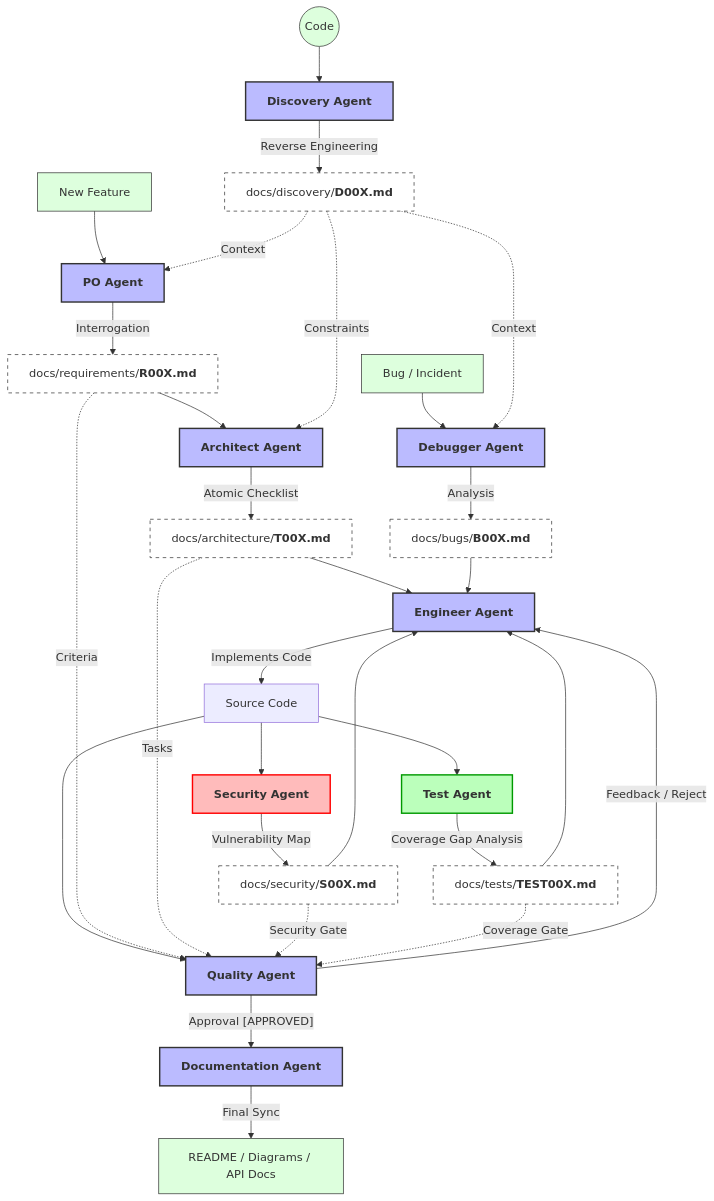
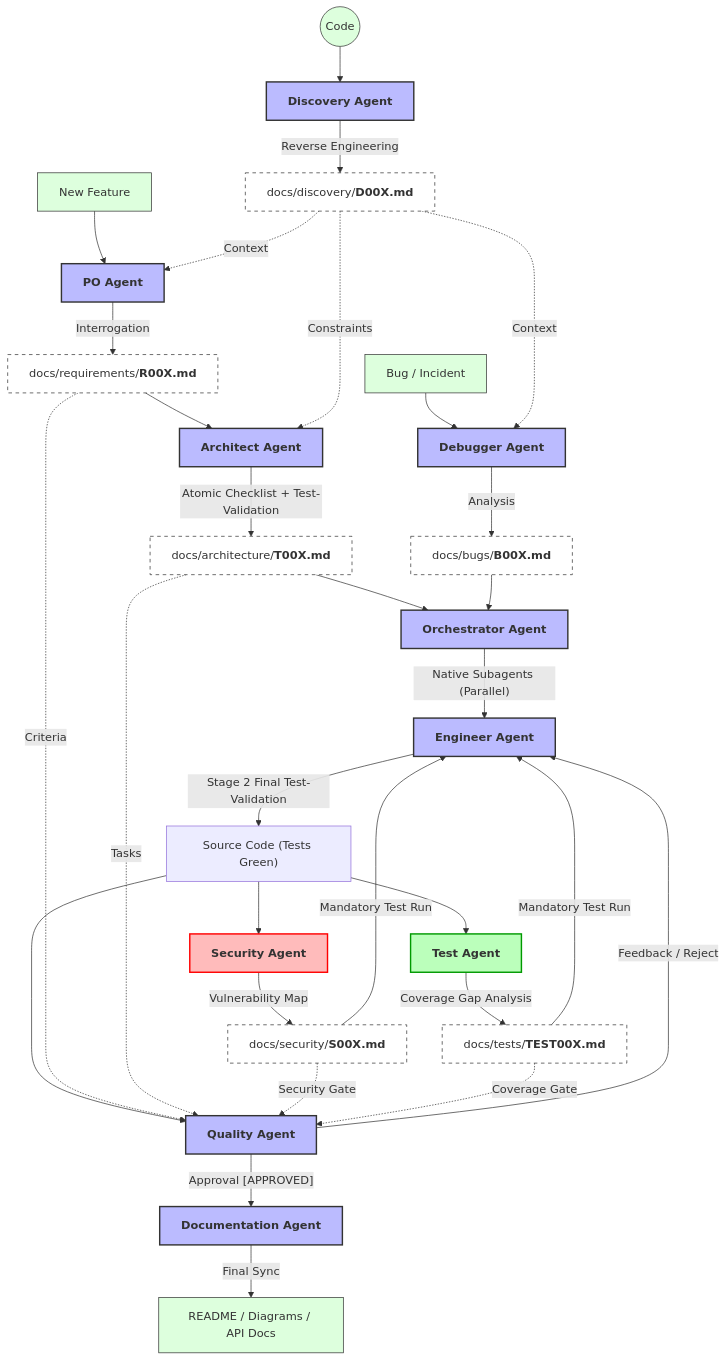
One commit to juliosilvacwb/agent-driven-development changed the diagram in ARTICLE_EN.md. Above: the diagram before and after it, drawn with Mermaid. The commit also changed other lines of this file and 10 other files, not shown here.

Commit message:
feat: add orchestrator agent, subagent configs, and test-validation workflows

````diff
--- a/ARTICLE_EN.md
+++ b/ARTICLE_EN.md
@@ -722,73 +754,75 @@
 ```mermaid
 ---
 config:
   layout: dagre
 ---
 flowchart TB
     Start(("Code")) --> AgentArch["<b>Discovery Agent</b>"]
     AgentArch -- Reverse Engineering --> D_Doc["docs/discovery/<b>D00X.md</b>"]
     
     Bug["Bug / Incident"] --> Debug["<b>Debugger Agent</b>"]
     Debug -- Analysis --> B_Doc["docs/bugs/<b>B00X.md</b>"]
     D_Doc -. Context .-> Debug
     
     Idea["New Feature"] --> PO["<b>PO Agent</b>"]
     D_Doc -. Context .-> PO
     PO -- Interrogation --> R_Doc["docs/requirements/<b>R00X.md</b>"]
     
     R_Doc --> Arch["<b>Architect Agent</b>"]
     D_Doc -. Constraints .-> Arch
-    Arch -- Atomic Checklist --> T_Doc["docs/architecture/<b>T00X.md</b>"]
+    Arch -- Atomic Checklist + Test-Validation --> T_Doc["docs/architecture/<b>T00X.md</b>"]
     
-    T_Doc --> Eng["<b>Engineer Agent</b>"]
-    B_Doc --> Eng
+    T_Doc --> Orch["<b>Orchestrator Agent</b>"]
+    B_Doc --> Orch
+    Orch -- Native Subagents (Parallel) --> Eng["<b>Engineer Agent</b>"]
     
-    Eng -- Implements Code --> DevCode["Source Code"]
+    Eng -- Stage 2 Final Test-Validation --> DevCode["Source Code (Tests Green)"]
     
     %% Test Injection %%
     DevCode --> TestAgent["<b>Test Agent</b>"]
     TestAgent -- Coverage Gap Analysis --> Test_Doc["docs/tests/<b>TEST00X.md</b>"]
-    Test_Doc --> Eng
+    Test_Doc -- Mandatory Test Run --> Eng
 
     %% Security Injection %%
     DevCode --> SecAgent["<b>Security Agent</b>"]
     SecAgent -- Vulnerability Map --> S_Doc["docs/security/<b>S00X.md</b>"]
-    S_Doc --> Eng
+    S_Doc -- Mandatory Test Run --> Eng
     
     DevCode --> QA["<b>Quality Agent</b>"]
     R_Doc -. Criteria .-> QA
     T_Doc -. Tasks .-> QA
     S_Doc -. Security Gate .-> QA
     Test_Doc -. Coverage Gate .-> QA
     
     QA -- Feedback / Reject --> Eng
     QA -- Approval [APPROVED] --> DocAgent["<b>Documentation Agent</b>"]
     DocAgent -- Final Sync --> FinalDocs["README / Diagrams / API Docs"]
 
     Start:::code
     AgentArch:::agent
     D_Doc:::docs
     Bug:::code
     Debug:::agent
     B_Doc:::docs
     Idea:::code
     PO:::agent
     R_Doc:::docs
     Arch:::agent
     T_Doc:::docs
+    Orch:::agent
     SecAgent:::secagent
     S_Doc:::docs
     TestAgent:::testagent
     Test_Doc:::docs
     Eng:::agent
     QA:::agent
     DocAgent:::agent
     FinalDocs:::code
 
     classDef actor fill:#f9f,stroke:#333,stroke-width:2px
     classDef agent fill:#bbf,stroke:#333,stroke-width:2px
     classDef secagent fill:#fbb,stroke:#f00,stroke-width:2px
     classDef testagent fill:#bfb,stroke:#090,stroke-width:2px
     classDef docs fill:#fff,stroke:#333,stroke-dasharray: 5 5
     classDef code fill:#dfd,stroke:#333,stroke-width:1px
 ```
````
